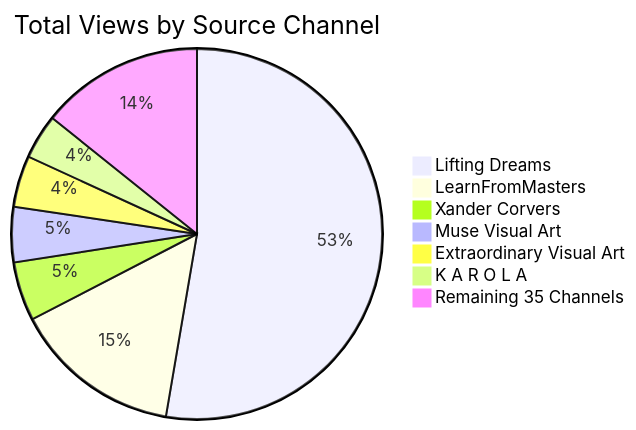
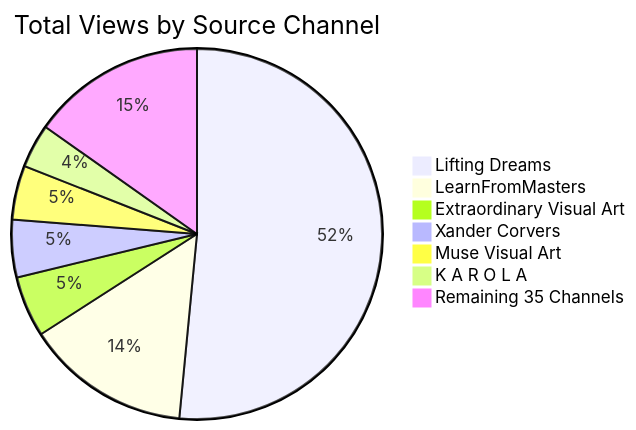
One commit to lgtkgtv/monet-living-gallery changed the diagram in monet_playlist_catalog.md. Above: the diagram before and after it, drawn with Mermaid. The commit also changed other lines of this file and 135 other files, not shown here.

````diff
--- a/monet_playlist_catalog.md
+++ b/monet_playlist_catalog.md
@@ -21,10 +21,10 @@
 ```mermaid
 pie title Total Views by Source Channel
     "Lifting Dreams" : 24600000
-    "LearnFromMasters" : 6869000
+    "LearnFromMasters" : 6870000
+    "Extraordinary Visual Art" : 2535093
     "Xander Corvers" : 2400000
-    "Muse Visual Art" : 2251700
-    "Extraordinary Visual Art" : 2093023
+    "Muse Visual Art" : 2252800
     "K A R O L A" : 1825300
-    "Remaining 35 Channels" : 6650972
+    "Remaining 35 Channels" : 7260989
 ```
````
